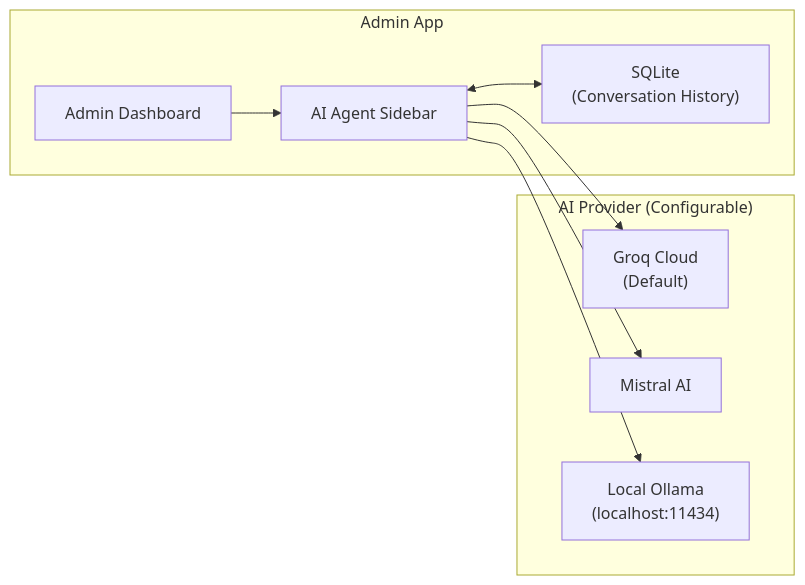
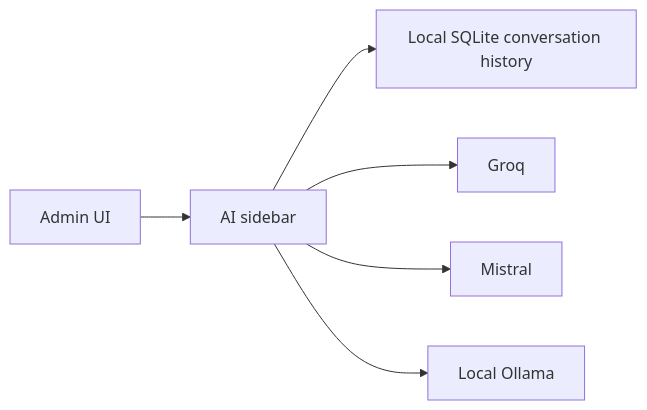
The first of 2 diagrams in docs/08-ai-analytics.md (BootlegYouki/at-iba-pa-pos), drawn with Mermaid before and after one commit. The commit also changed other lines of this file and 10 other files, not shown here.

First line of the commit message:
Refactor user guide and database schema documentation; enhance export reports feature

````diff
--- a/docs/08-ai-analytics.md
+++ b/docs/08-ai-analytics.md
@@ -13,20 +13,8 @@
 ```mermaid
 flowchart LR
-    subgraph AdminApp["Admin App"]
-        UI["Admin Dashboard"]
-        Sidebar["AI Agent Sidebar"]
-        DB["SQLite\n(Conversation History)"]
-    end
-
-    subgraph Providers["AI Provider (Configurable)"]
-        Groq["Groq Cloud\n(Default)"]
-        Mistral["Mistral AI"]
-        Local["Local Ollama\n(localhost:11434)"]
-    end
-
-    UI --> Sidebar
-    Sidebar <--> DB
-    Sidebar --> Groq
-    Sidebar --> Mistral
-    Sidebar --> Local
+    AdminUI["Admin UI"] --> Sidebar["AI sidebar"]
+    Sidebar --> LocalDB["Local SQLite conversation history"]
+    Sidebar --> Groq["Groq"]
+    Sidebar --> Mistral["Mistral"]
+    Sidebar --> Ollama["Local Ollama"]
 ```
````
